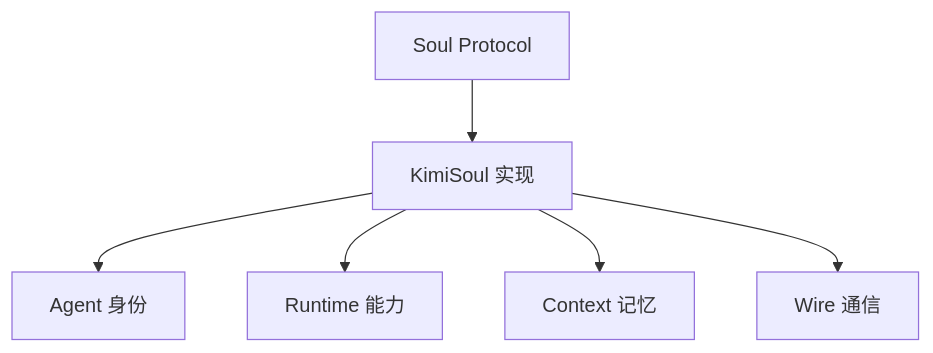
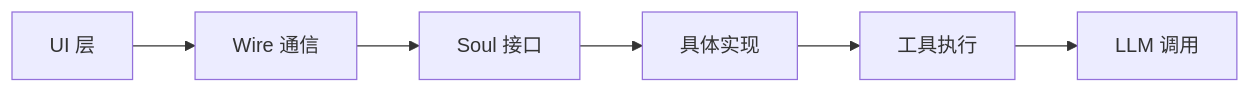
Before and after one commit to I-who-ant/my_cli: the diagram in docs/分模块总结/02_soul模块.md, drawn with Mermaid. The commit also changed other lines of this file, not shown here.

First line of the commit message:
📚 docs: 更新 Soul 模块分析文档，反映重构后实现

````diff
--- a/docs/分模块总结/02_soul模块.md
+++ b/docs/分模块总结/02_soul模块.md
@@ -31,8 +24,8 @@
 ```mermaid
-graph TB
-    A[Soul Protocol] --> B[KimiSoul 实现]
-    B --> C[Agent 身份]
-    B --> D[Runtime 能力]
-    B --> E[Context 记忆]
-    B --> F[Wire 通信]
+graph LR
+    A[UI 层] --> B[Wire 通信]
+    B --> C[Soul 接口]
+    C --> D[具体实现]
+    D --> E[工具执行]
+    E --> F[LLM 调用]
 ```
````
